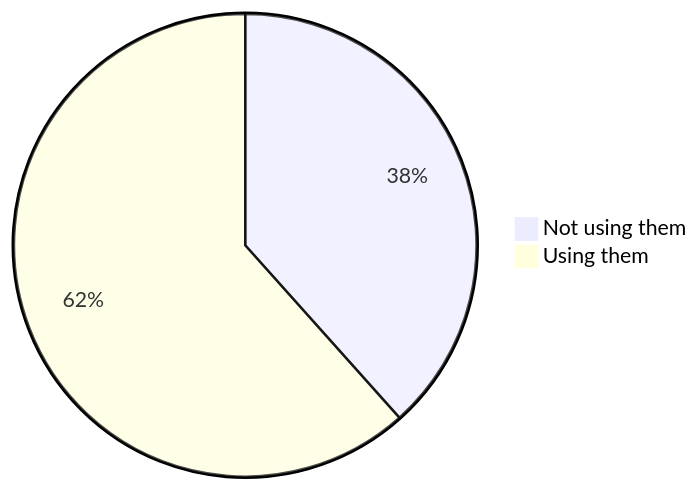
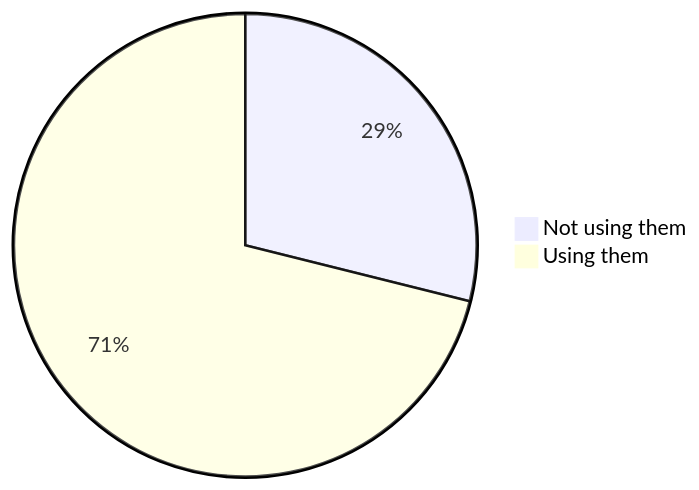
The first of 22 diagrams in stats.md (oshp/oshp-stats), drawn with Mermaid before and after one commit. The commit also changed other lines of this file, not shown here.

````diff
--- a/stats.md
+++ b/stats.md
@@ -10,6 +10,6 @@
 ```mermaid
 pie
-	"Not using them" : 38.39
-	"Using them" : 61.61
+	"Not using them" : 28.89
+	"Using them" : 71.11
 
 ```
````
